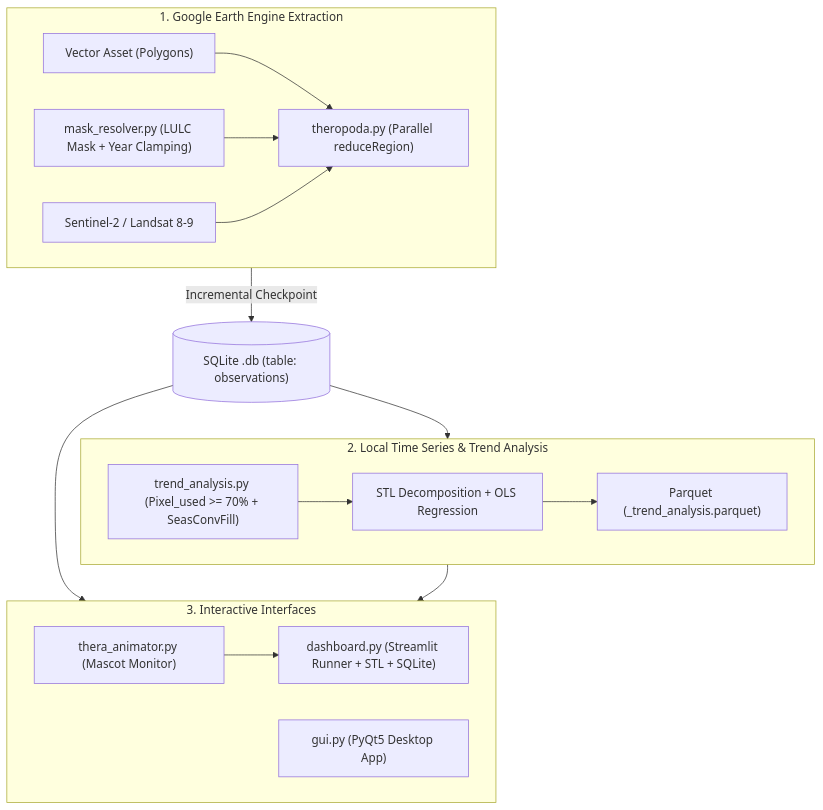
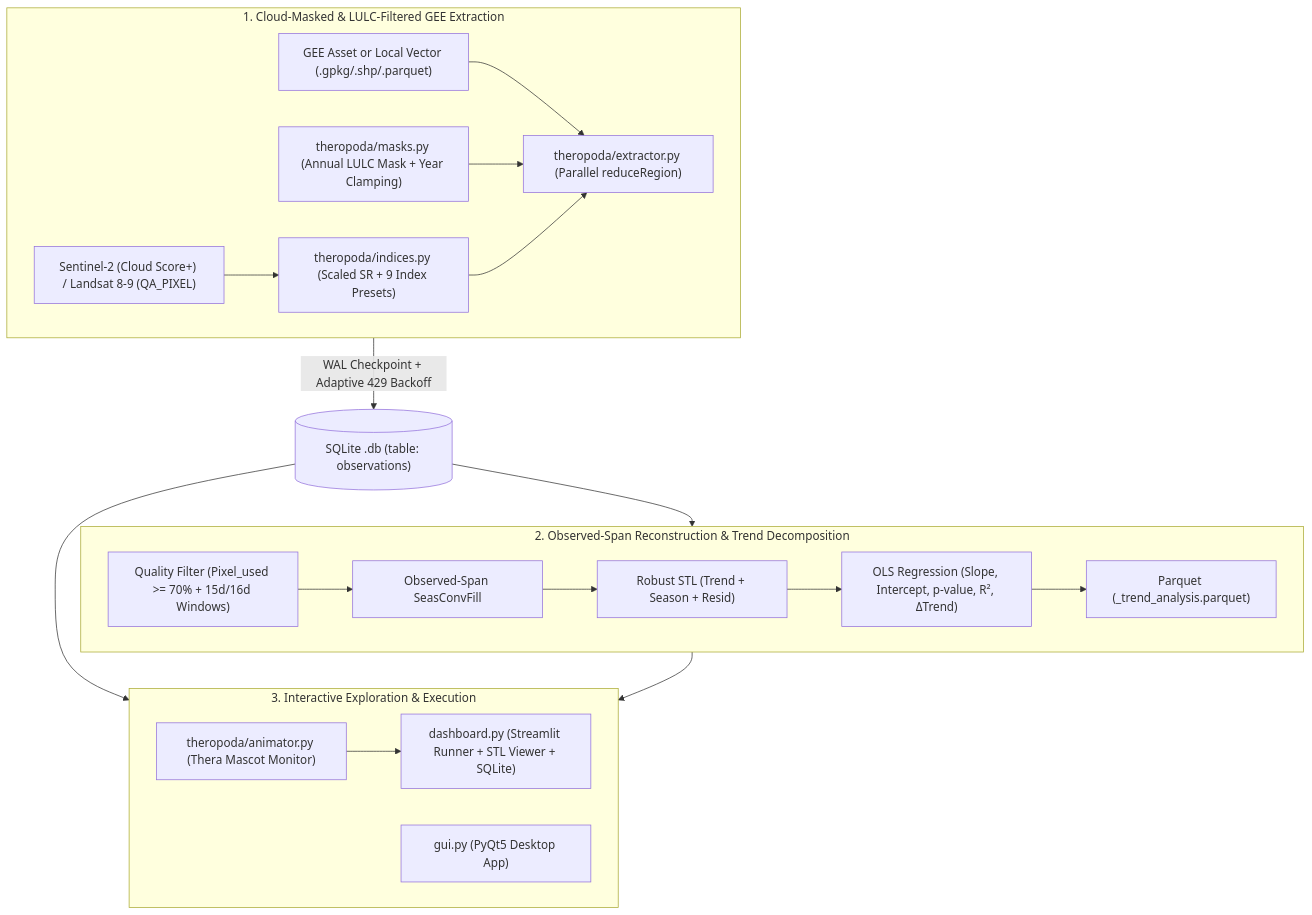
Before and after one commit to lapig-ufg/TheroPoDa: the diagram in README.md, drawn with Mermaid. The commit also changed other lines of this file and 2 other files, not shown here.

Commit message:
docs(readme): add algorithm narrative, visual showcase, index presets table and use-case recipes

````diff
--- a/README.md
+++ b/README.md
@@ -21,30 +35,33 @@
 ```mermaid
 flowchart TD
-    subgraph GEE["1. Google Earth Engine Extraction"]
+    subgraph GEE["1. Cloud-Masked & LULC-Filtered GEE Extraction"]
         direction LR
-        ASSET["Vector Asset (Polygons)"] --> EXTR["theropoda.py (Parallel reduceRegion)"]
-        MASK["mask_resolver.py (LULC Mask + Year Clamping)"] --> EXTR
-        SAT["Sentinel-2 / Landsat 8-9"] --> EXTR
+        ASSET["GEE Asset or Local Vector (.gpkg/.shp/.parquet)"] --> EXTR["theropoda/extractor.py (Parallel reduceRegion)"]
+        MASK["theropoda/masks.py (Annual LULC Mask + Year Clamping)"] --> EXTR
+        SAT["Sentinel-2 (Cloud Score+) / Landsat 8-9 (QA_PIXEL)"] --> IDX["theropoda/indices.py (Scaled SR + 9 Index Presets)"]
+        IDX --> EXTR
     end
 
-    EXTR -->|"Incremental Checkpoint"| DB[("SQLite .db (table: observations)")]
+    EXTR -->|"WAL Checkpoint + Adaptive 429 Backoff"| DB[("SQLite .db (table: observations)")]
 
-    subgraph LOCAL["2. Local Time Series & Trend Analysis"]
+    subgraph LOCAL["2. Observed-Span Reconstruction & Trend Decomposition"]
         direction LR
-        GF["trend_analysis.py (Pixel_used >= 70% + SeasConvFill)"] --> STL["STL Decomposition + OLS Regression"]
-        STL --> PQ["Parquet (_trend_analysis.parquet)"]
+        QC["Quality Filter (Pixel_used >= 70% + 15d/16d Windows)"] --> GF["Observed-Span SeasConvFill"]
+        GF --> STL["Robust STL (Trend + Season + Resid)"]
+        STL --> OLS["OLS Regression (Slope, Intercept, p-value, R², ΔTrend)"]
+        OLS --> PQ["Parquet (_trend_analysis.parquet)"]
     end
 
-    DB --> GF
+    DB --> QC
 
-    subgraph UI["3. Interactive Interfaces"]
+    subgraph UI["3. Interactive Exploration & Execution"]
         direction LR
-        DASH["dashboard.py (Streamlit Runner + STL + SQLite)"]
+        DASH["dashboard.py (Streamlit Runner + STL Viewer + SQLite)"]
         GUI["gui.py (PyQt5 Desktop App)"]
-        THERA["thera_animator.py (Mascot Monitor)"]
+        THERA["theropoda/animator.py (Thera Mascot Monitor)"]
         THERA --> DASH
     end
 
     DB --> DASH
     PQ --> DASH
 ```
````
